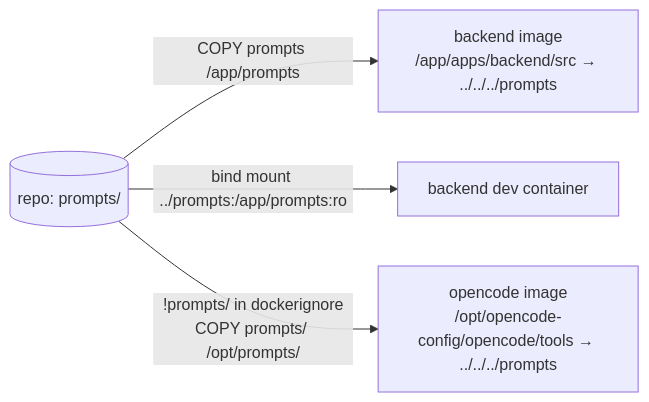
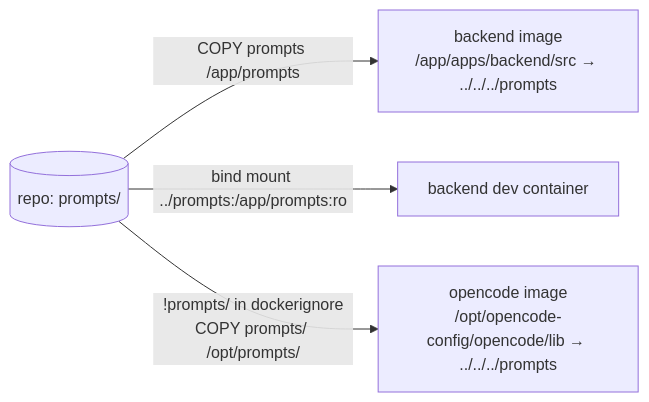
One commit to tillg/karpathy.app changed the second of 2 diagrams in specs/changes/prompts-as-md-files/architecture.md. Above: the diagram before and after it, drawn with Mermaid. The commit also changed other lines of this file and 27 other files, not shown here.

````diff
--- a/specs/changes/prompts-as-md-files/architecture.md
+++ b/specs/changes/prompts-as-md-files/architecture.md
@@ -150,6 +134,6 @@
 ```mermaid
 flowchart LR
   R[(repo: prompts/)] -->|"COPY prompts /app/prompts"| BI[backend image<br/>/app/apps/backend/src → ../../../prompts]
   R -->|"bind mount ../prompts:/app/prompts:ro"| BD[backend dev container]
-  R -->|"!prompts/ in dockerignore<br/>COPY prompts/ /opt/prompts/"| OI[opencode image<br/>/opt/opencode-config/opencode/tools → ../../../prompts]
+  R -->|"!prompts/ in dockerignore<br/>COPY prompts/ /opt/prompts/"| OI[opencode image<br/>/opt/opencode-config/opencode/lib → ../../../prompts]
 ```
````
